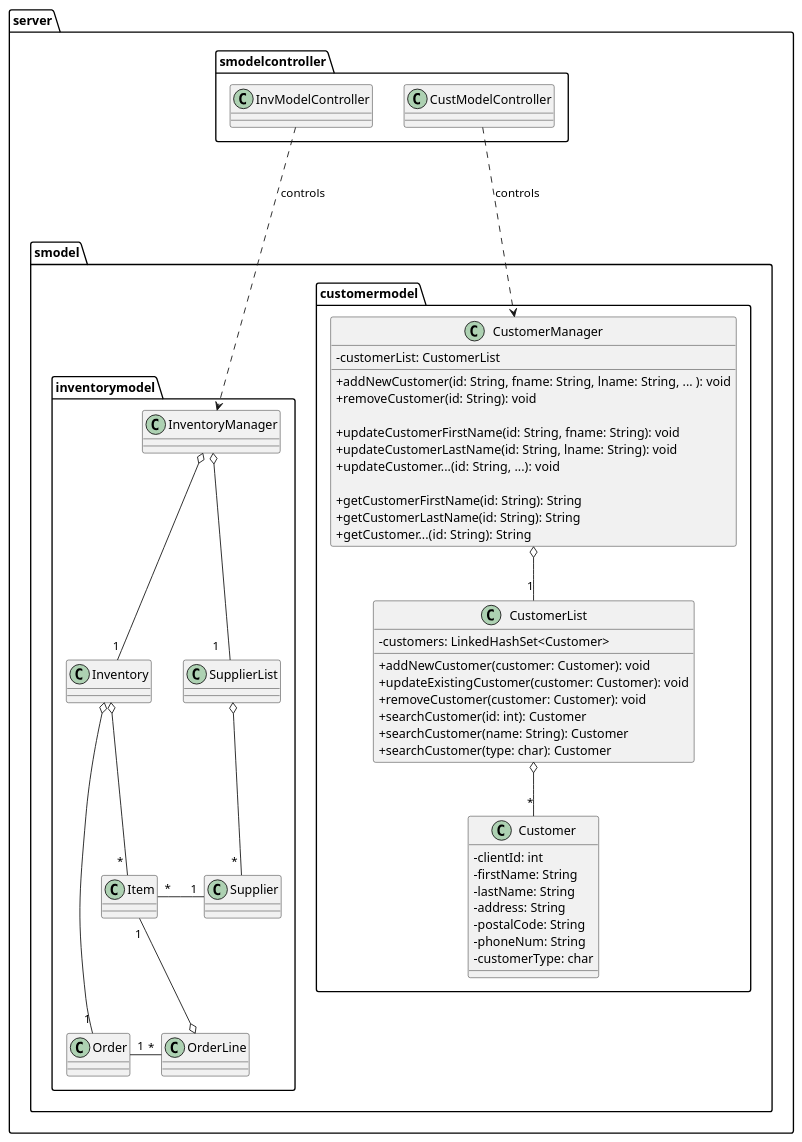
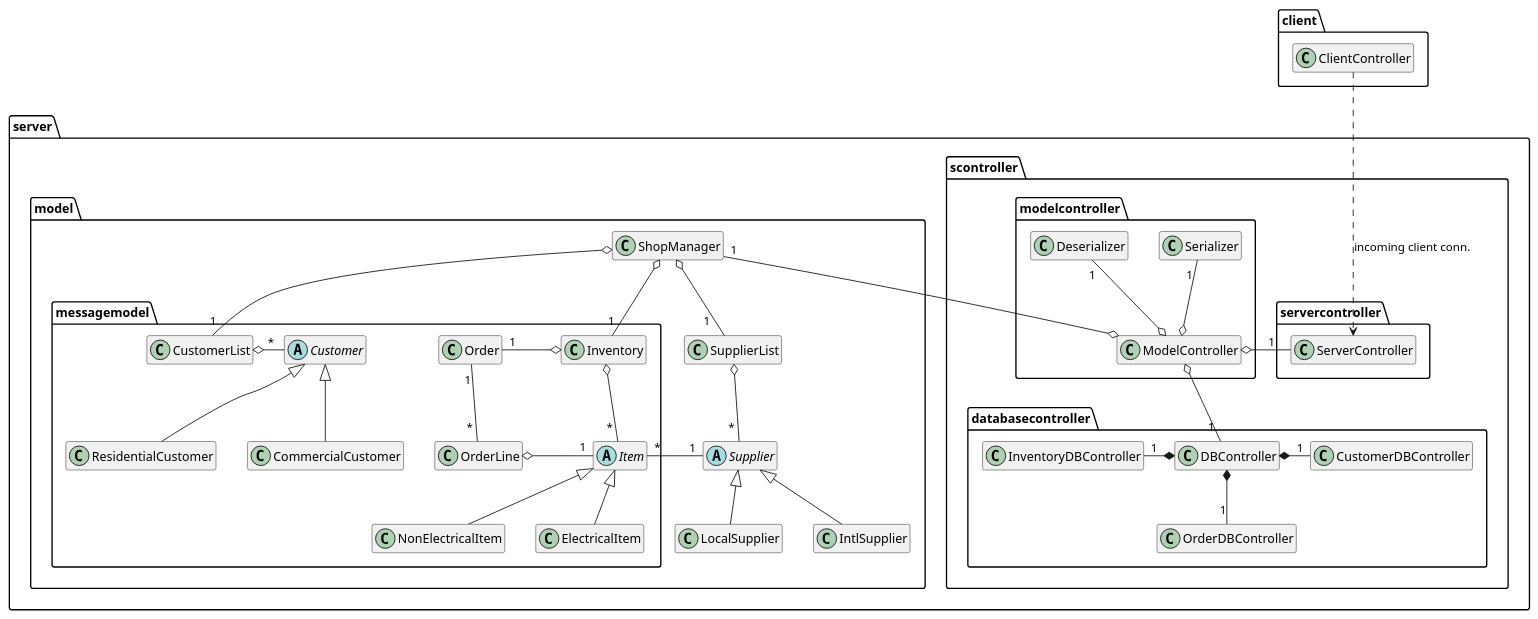
The diagram in pre-project/server-uml.md (patrickronn/tool-shop-inventory-management-application), drawn with PlantUML before and after one commit. The commit also changed other lines of this file and 11 other files, not shown here.

Commit message:
Finished UML diagrams

````diff
--- a/pre-project/server-uml.md
+++ b/pre-project/server-uml.md
@@ -13,37 +13,47 @@
 skinparam classAttributeIconSize 0
 
 package server {
-    package smodelcontroller {
-        class InvModelController
-        class CustModelController
+    package scontroller {
+        package servercontroller {
+            class ServerController {
+                -controllerPool: ExecutorService
+                -serverSocket: ServerSocket
+                +runServer(): void
+                +executeNewController(): void
+            }
+        }
+
+        package modelcontroller {
+            class Serializer
+            class Deserializer
+            class ModelController {
+                -clientSocket: Socket
+                -socketIn: ObjectInputStream
+                -socketOut: ObjectOutputStream
+                -inventoryController: InvModelController
+                -customerController: CustModelController
+                +createMessage(): Message
+                +sendMessage(message: Message): void
+                +readMessage(message: Message): void
+                +run(): void
+            }
+        }
+        
+        package databasecontroller {
+            class DBController {
+                +readFromDB(tableName: String, query: String): LinkedHashSet<String>
+                +updateDB(tableName: String, query: String): void
+                +insertToDB(tableName: String, query: String): void
+                +deleteFromDB(tableName: String, query: String): void
+            }
+            class InventoryDBController
+            class CustomerDBController
+            class OrderDBController
+        }
     }
 
-    package smodel {
-        package inventorymodel {
-            class InventoryManager
-            class Inventory
-            class SupplierList
-            class Item
-            class Supplier
-            class Order
-            class OrderLine
-        }
-    
-        package customermodel {
-            class CustomerManager {
-                -customerList: CustomerList
-                +addNewCustomer(id: String, fname: String, lname: String, ... ): void
-                +removeCustomer(id: String): void
-
-                +updateCustomerFirstName(id: String, fname: String): void
-                +updateCustomerLastName(id: String, lname: String): void
-                +updateCustomer...(id: String, ...): void
-
-                +getCustomerFirstName(id: String): String
-                +getCustomerLastName(id: String): String
-                +getCustomer...(id: String): String
-
-            }
+package model {
+     package messagemodel {
             class CustomerList {
                 -customers: LinkedHashSet<Customer>
                 +addNewCustomer(customer: Customer): void
@@ -53,7 +63,7 @@
                 +searchCustomer(name: String): Customer
                 +searchCustomer(type: char): Customer
             }
-            class Customer {
+            abstract class Customer {
                 - clientId: int
                 - firstName: String
                 - lastName: String
@@ -62,26 +72,61 @@
                 - phoneNum: String
                 - customerType: char
             }
-        }
+            class ResidentialCustomer extends Customer
+            class CommercialCustomer extends Customer
+     
+            class Inventory
+            class Order
+            class OrderLine
+
+            abstract class Item
+            class ElectricalItem extends Item
+            class NonElectricalItem extends Item
     }
-}
+
+    class ShopManager
+    class SupplierList
+    
+    abstract class Supplier
+    class IntlSupplier extends Supplier
+    class LocalSupplier extends Supplier
 
 
-InvModelController ..> InventoryManager : controls
-CustModelController ...> CustomerManager : controls
 
-CustomerManager o-- "1" CustomerList
-CustomerList o-- "*" Customer
+    }
+
+}
+    /' modelcontroller '/
+    ShopManager "1" --o ModelController
+
+    ServerController " 1   " -o ModelController
+    ModelController o-- "1 " DBController
+    Deserializer "1" --o ModelController 
+    Serializer "1 " --o ModelController
+    client.ClientController ...> ServerController : incoming client conn.
+ 
+    
+    /' databasecontroller '/
+    InventoryDBController "1" -* DBController
+    DBController *- "1" CustomerDBController
+    DBController *-- "1" OrderDBController
 
 
-InventoryManager o-- "1" Inventory
-InventoryManager o-- "1   " SupplierList
-Inventory o-- " * " Item
-SupplierList o-- " * " Supplier
-Item "*" - "1" Supplier : "     "
-Inventory o--- "1" Order
+    
+    /' model '/
+    ShopManager o-- "1" CustomerList
+    ShopManager o-- "1" Inventory
+    ShopManager o-- "1   " SupplierList
 
-Order "1" - "*" OrderLine
-Item "1" --o OrderLine
+    SupplierList o-- " * " Supplier
+    Item "*" - "1" Supplier : "        "
+
+    Inventory o-- " * " Item
+    Order "1" -o Inventory : "         "
+    CustomerList o- " * " Customer
+    Order "1" -- " * " OrderLine
+    OrderLine o- "1" Item : "             "
+
+hide members
 @enduml
 ```
````
